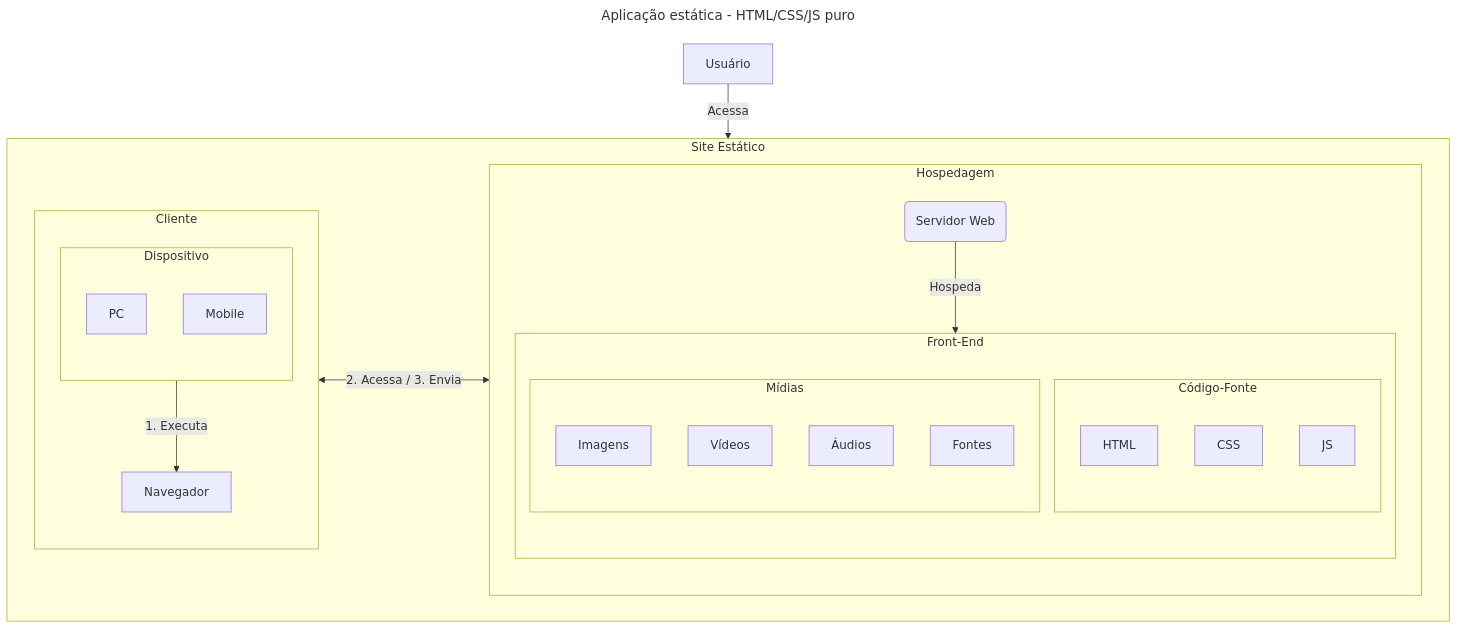
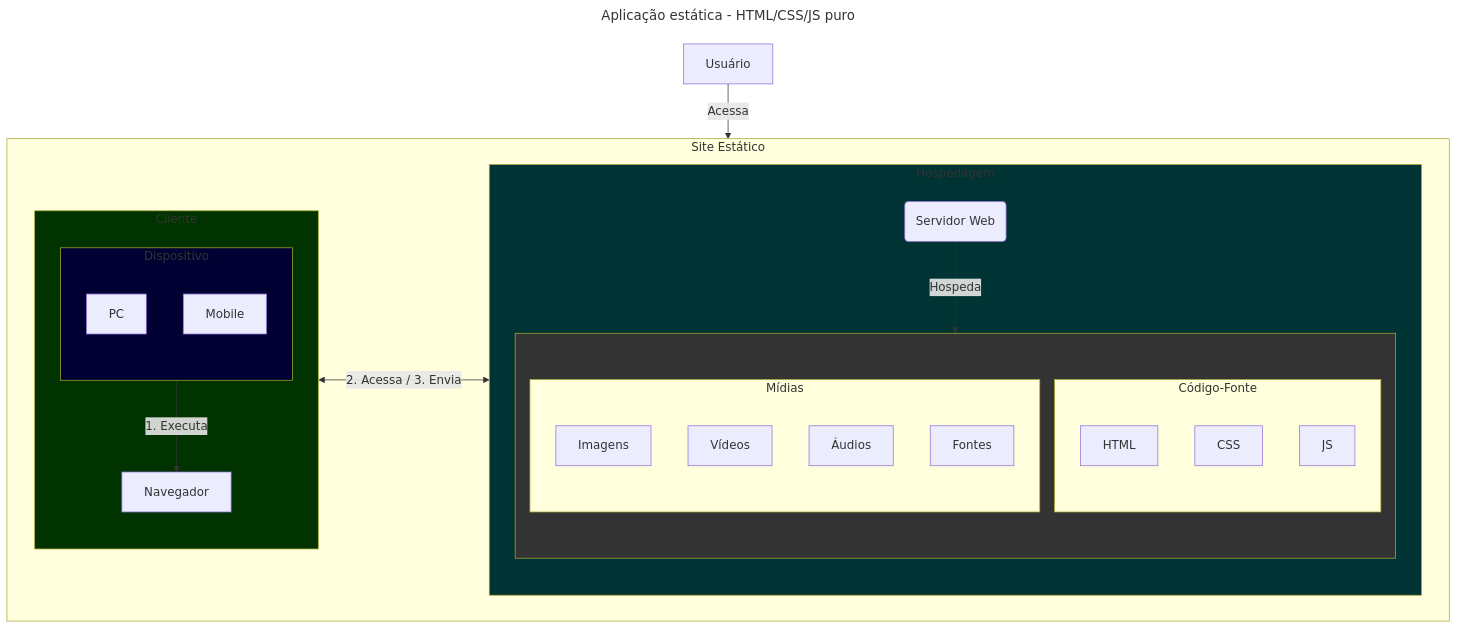
Before and after one commit to dev-alexmachado/guia_rapido_aplicacoes_web: the first of 2 diagrams in README.md, drawn with Mermaid. The commit also changed other lines of this file, not shown here.

Commit message:
Updated: diagramas cores

```diff
--- a/README.md
+++ b/README.md
@@ -37,40 +37,45 @@
 ~~~mermaid
 ---
 title: Aplicação estática - HTML/CSS/JS puro
 ---
 graph TD
     Usuário -- Acessa --> Sistema
 
     subgraph Sistema [Site Estático]
         direction LR
         subgraph Hospedagem
             direction TD
             SW(Servidor Web) -- Hospeda --> Front-End
             subgraph Front-End
                 subgraph Código-Fonte
                     HTML
                     CSS
                     JS
                 end
 
                 subgraph Mídias
                     Imagens
                     Vídeos
                     Áudios
                     Fontes
                 end
             end
         end
 
         Cliente <-- 2. Acessa / 3. Envia --> Hospedagem
 
         subgraph Cliente
             direction TD
             subgraph Dispositivo
                 PC
                 Mobile
             end
             Dispositivo -- 1. Executa --> Navegador
         end
     end
+
+    style Cliente fill: #030
+    style Dispositivo fill: #003
+    style Hospedagem fill: #033
+    style Front-End fill: #333
 ~~~
```
